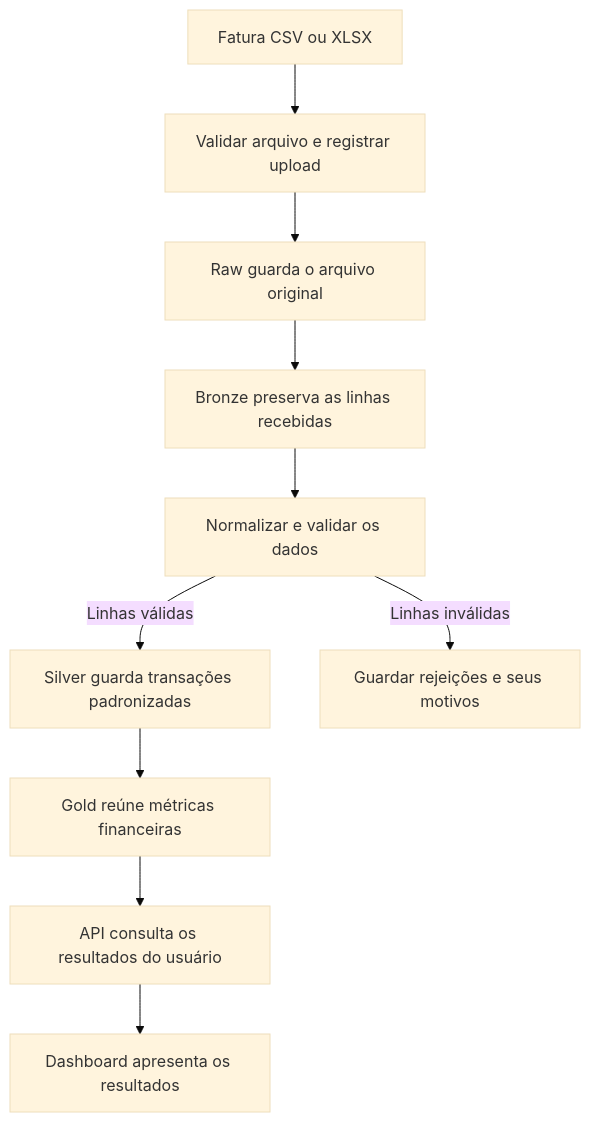
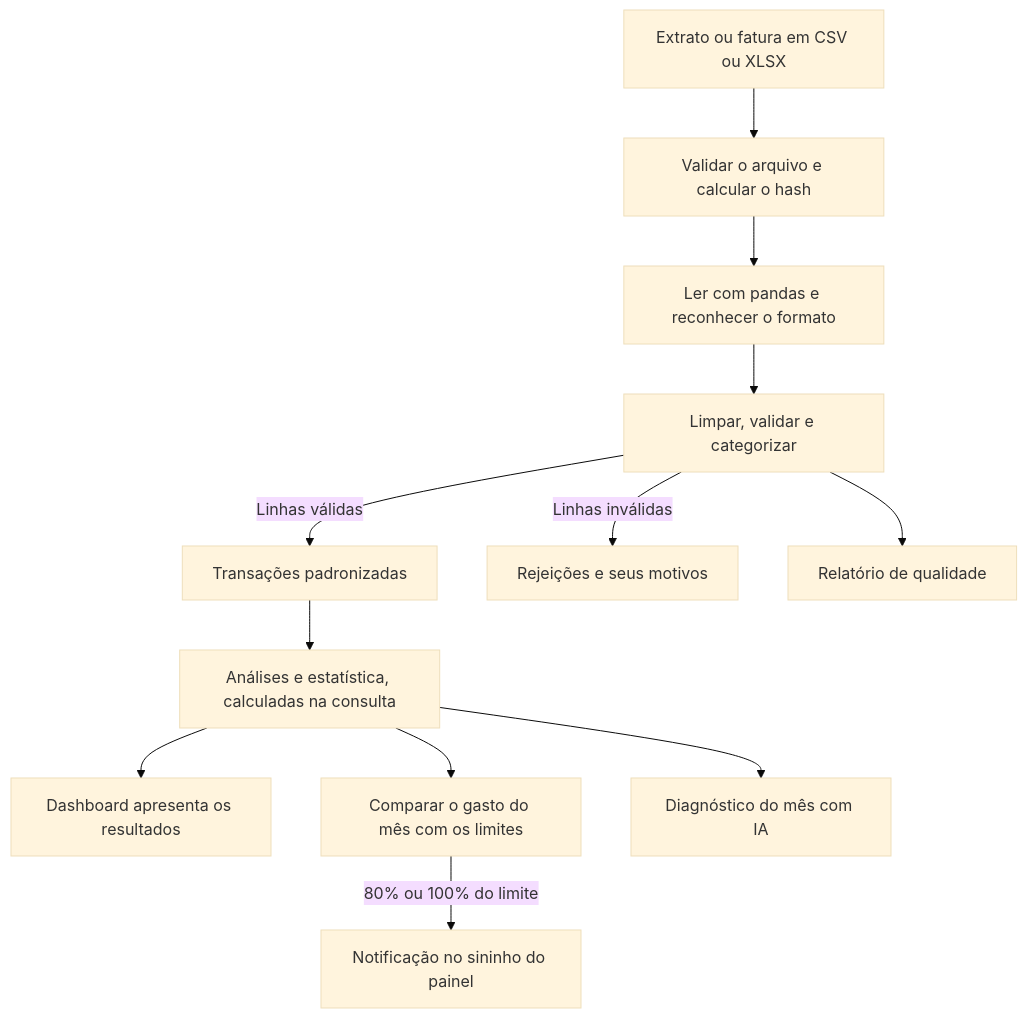
One commit to JanioRamalho/gerenCIA changed the second of 2 diagrams in docs/arquitetura.md. Above: the diagram before and after it, drawn with Mermaid (base theme). The commit also changed other lines of this file and 5 other files, not shown here.

````diff
--- a/docs/arquitetura.md
+++ b/docs/arquitetura.md
@@ -53,12 +54,14 @@
 ```mermaid
 flowchart TD
-    file["Fatura CSV ou XLSX"] --> upload["Validar arquivo e registrar upload"]
-    upload --> raw["Raw guarda o arquivo original"]
-    raw --> bronze["Bronze preserva as linhas recebidas"]
-    bronze --> treatment["Normalizar e validar os dados"]
-    treatment -->|"Linhas válidas"| silver["Silver guarda transações padronizadas"]
-    treatment -->|"Linhas inválidas"| rejected["Guardar rejeições e seus motivos"]
-    silver --> gold["Gold reúne métricas financeiras"]
-    gold --> api["API consulta os resultados do usuário"]
-    api --> dashboard["Dashboard apresenta os resultados"]
+    file["Extrato ou fatura em CSV ou XLSX"] --> upload["Validar o arquivo e calcular o hash"]
+    upload --> read["Ler com pandas e reconhecer o formato"]
+    read --> treatment["Limpar, validar e categorizar"]
+    treatment -->|"Linhas válidas"| transactions["Transações padronizadas"]
+    treatment -->|"Linhas inválidas"| rejected["Rejeições e seus motivos"]
+    treatment --> quality["Relatório de qualidade"]
+    transactions --> analytics["Análises e estatística, calculadas na consulta"]
+    analytics --> dashboard["Dashboard apresenta os resultados"]
+    analytics --> limits["Comparar o gasto do mês com os limites"]
+    limits -->|"80% ou 100% do limite"| bell["Notificação no sininho do painel"]
+    analytics --> ai["Diagnóstico do mês com IA"]
 ```
````
